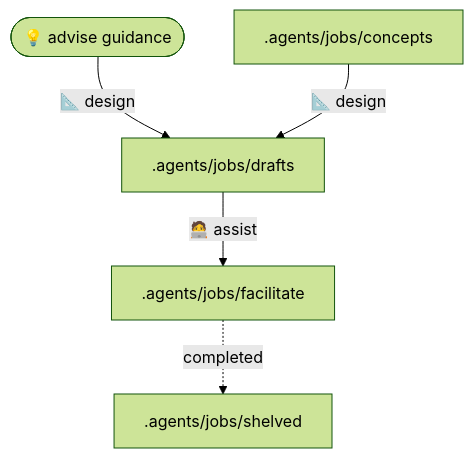
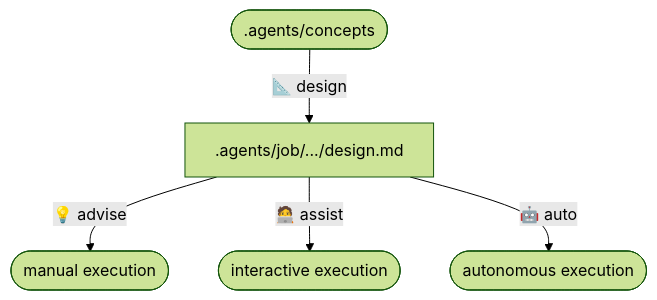
One commit to ahumandev/autocode changed the diagram in README.md. Above: the diagram before and after it, drawn with Mermaid (forest theme). The commit also changed other lines of this file and 72 other files, not shown here.

````diff
--- a/README.md
+++ b/README.md
@@ -122,7 +100,10 @@
 ```mermaid
 flowchart TD
-  Advise([💡 advise guidance]) --📐 design--> Drafts[.agents/jobs/drafts]
-  Concepts[ .agents/jobs/concepts] --📐 design--> Drafts
-  Drafts --🧑‍💻 assist --> Facilitate[.agents/jobs/facilitate]
-  Facilitate -.completed.-> Shelved[.agents/jobs/shelved]
+  Concepts([.agents/concepts])
+  Concepts -- 📐 design --> Design[.agents/job/.../design.md]
+  
+  Design -- 💡 advise --> Advise([manual execution])
+  Design -- 🧑‍💻 assist --> Assist([interactive execution])
+  Design -- 🤖 auto --> Auto([autonomous execution])
+  
 ```
````
